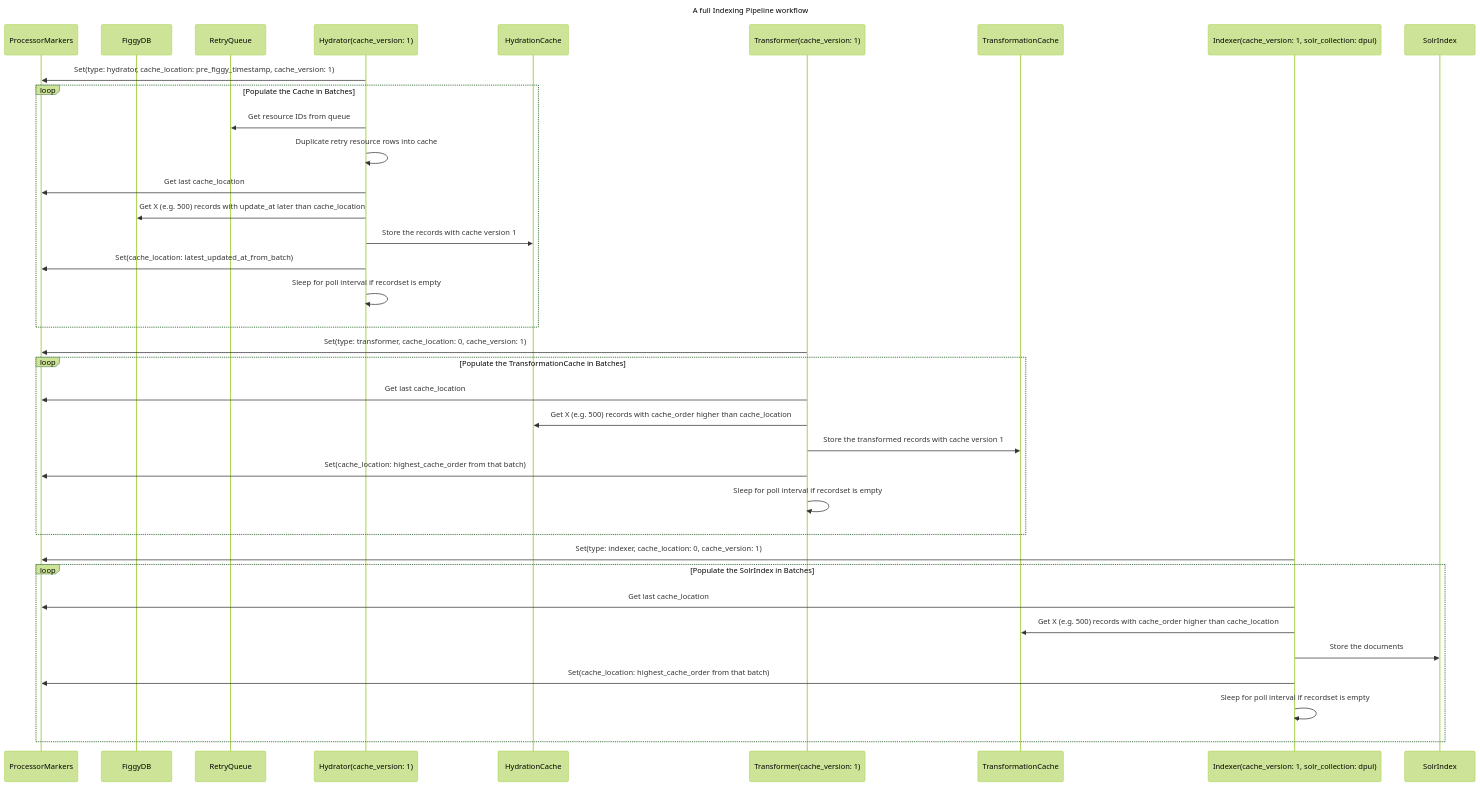
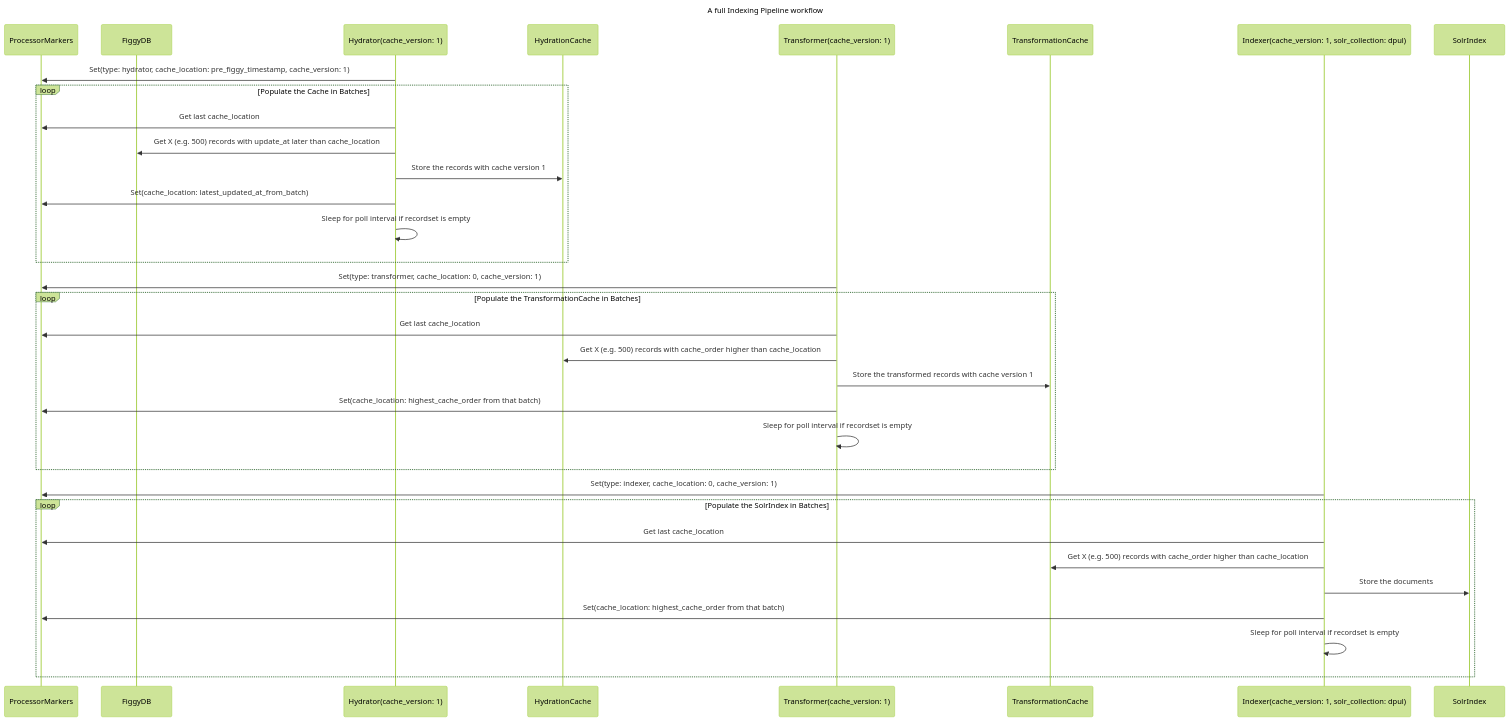
One commit to pulibrary/dpul-collections changed the second of 2 diagrams in architecture-decisions/0002-indexing.md. Above: the diagram before and after it, drawn with Mermaid (forest theme). The commit also changed other lines of this file, not shown here.

````diff
--- a/architecture-decisions/0002-indexing.md
+++ b/architecture-decisions/0002-indexing.md
@@ -86,41 +84,38 @@
 ```mermaid
 sequenceDiagram title A full Indexing Pipeline workflow
 Participant ProcessorMarkers
 Participant FiggyDB
-Participant RetryQueue
 Participant HydratorV1 as Hydrator(cache_version: 1)
 Participant HydrationCache
 Participant TransformerV1 as Transformer(cache_version: 1)
 Participant TransformationCache
 Participant IndexerV1 as Indexer(cache_version: 1, solr_collection: dpul)
 Participant SolrIndex
 
 HydratorV1->>ProcessorMarkers: Set(type: hydrator, cache_location: pre_figgy_timestamp, cache_version: 1)
 loop Populate the Cache in Batches
-HydratorV1->>RetryQueue: Get resource IDs from queue
-HydratorV1->>HydratorV1: Duplicate retry resource rows into cache
 HydratorV1->>ProcessorMarkers: Get last cache_location
 HydratorV1->>FiggyDB: Get X (e.g. 500) records with update_at later than cache_location
 HydratorV1->>HydrationCache: Store the records with cache version 1
 HydratorV1->>ProcessorMarkers: Set(cache_location: latest_updated_at_from_batch)
 HydratorV1->>HydratorV1: Sleep for poll interval if recordset is empty
 end
 
 TransformerV1->>ProcessorMarkers: Set(type: transformer, cache_location: 0, cache_version: 1)
 loop Populate the TransformationCache in Batches
 TransformerV1->>ProcessorMarkers: Get last cache_location
 TransformerV1->>HydrationCache: Get X (e.g. 500) records with cache_order higher than cache_location
 TransformerV1->>TransformationCache: Store the transformed records with cache version 1
 TransformerV1->>ProcessorMarkers: Set(cache_location: highest_cache_order from that batch)
 TransformerV1->>TransformerV1: Sleep for poll interval if recordset is empty
 end
 
 IndexerV1->>ProcessorMarkers: Set(type: indexer, cache_location: 0, cache_version: 1)
 loop Populate the SolrIndex in Batches
 IndexerV1->>ProcessorMarkers: Get last cache_location
 IndexerV1->>TransformationCache: Get X (e.g. 500) records with cache_order higher than cache_location
 IndexerV1->>SolrIndex: Store the documents
 IndexerV1->>ProcessorMarkers: Set(cache_location: highest_cache_order from that batch)
 IndexerV1->>IndexerV1: Sleep for poll interval if recordset is empty
 end
 ```
````
